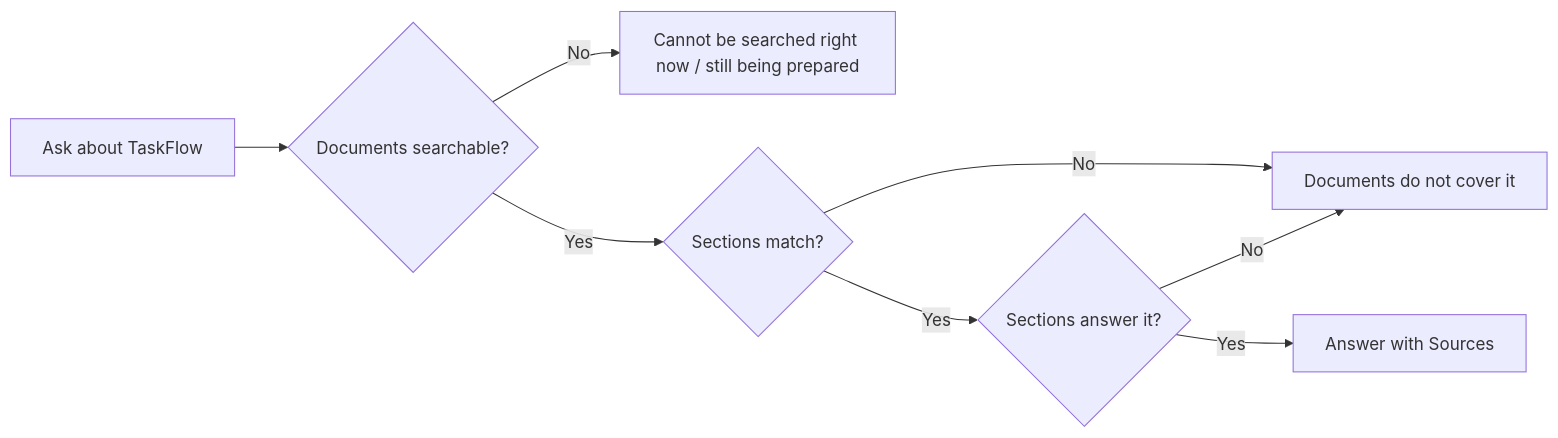
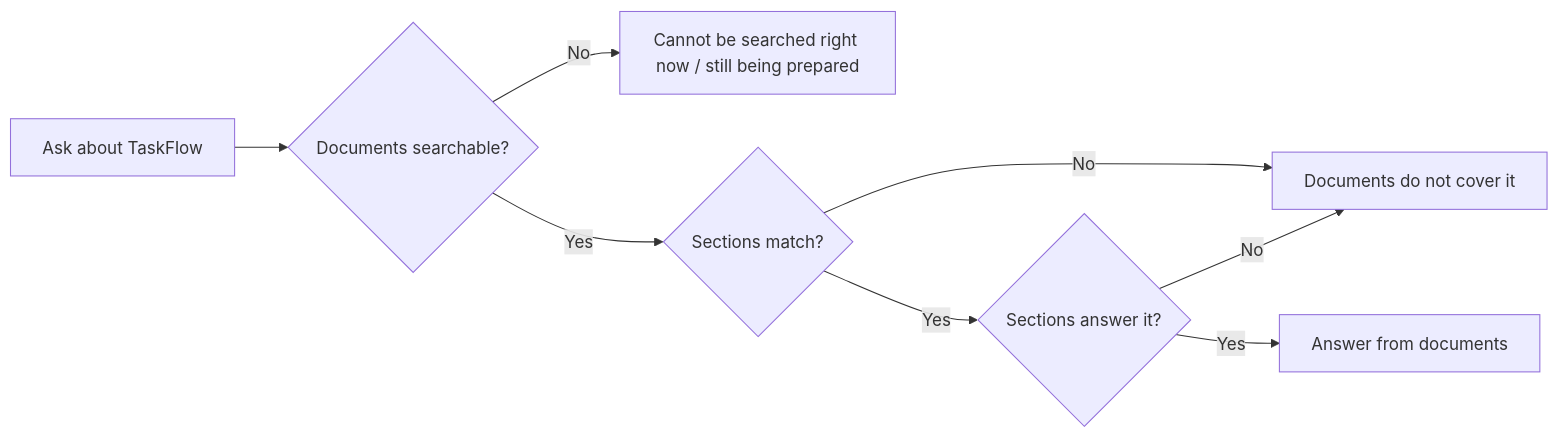
Before and after one commit to jojogeorge3344/TaskFlow-Project: the fourth of 11 diagrams in TF - Documents/TF - FRD/08-TFA-Assistant/08.1-Assistant/FRD-Assistant.md, drawn with Mermaid. The commit also changed other lines of this file and 16 other files, not shown here.

````diff
--- a/TF - Documents/TF - FRD/08-TFA-Assistant/08.1-Assistant/FRD-Assistant.md
+++ b/TF - Documents/TF - FRD/08-TFA-Assistant/08.1-Assistant/FRD-Assistant.md
@@ -329,10 +330,10 @@
 ```mermaid
 flowchart LR
   A["Ask about TaskFlow"] --> B{"Documents searchable?"}
   B -- No --> C["Cannot be searched right now / still being prepared"]
   B -- Yes --> D{"Sections match?"}
   D -- No --> E["Documents do not cover it"]
   D -- Yes --> F{"Sections answer it?"}
   F -- No --> E
-  F -- Yes --> G["Answer with Sources"]
+  F -- Yes --> G["Answer from documents"]
 ```
````
